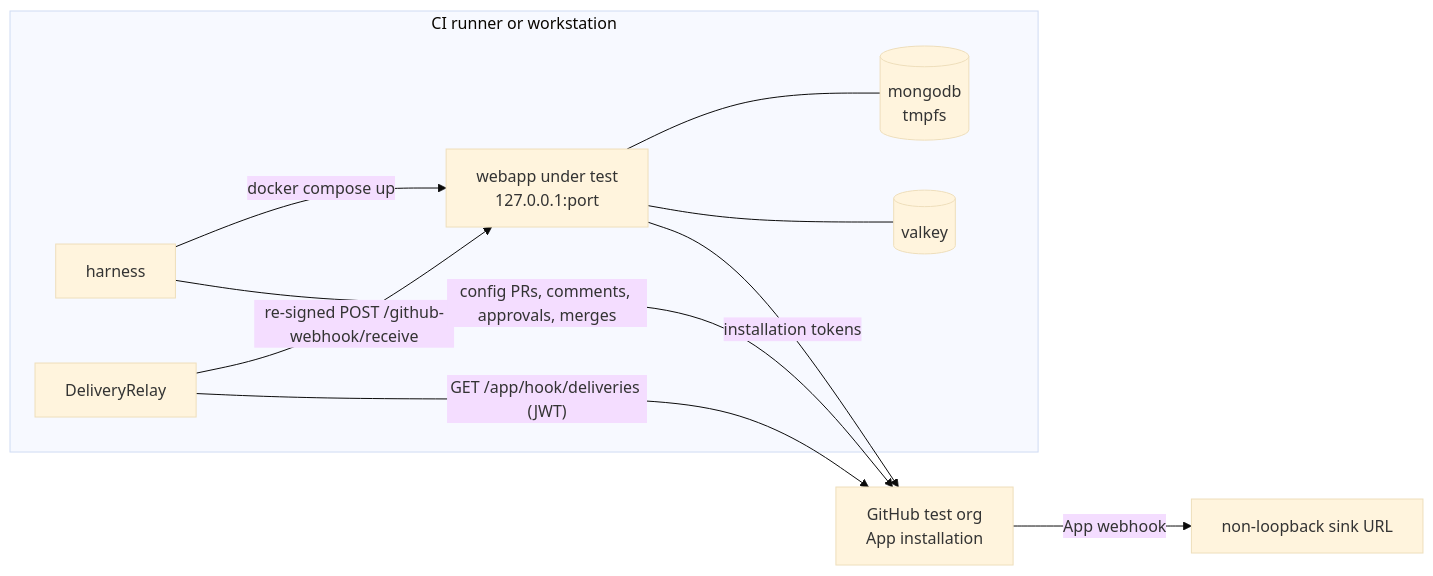
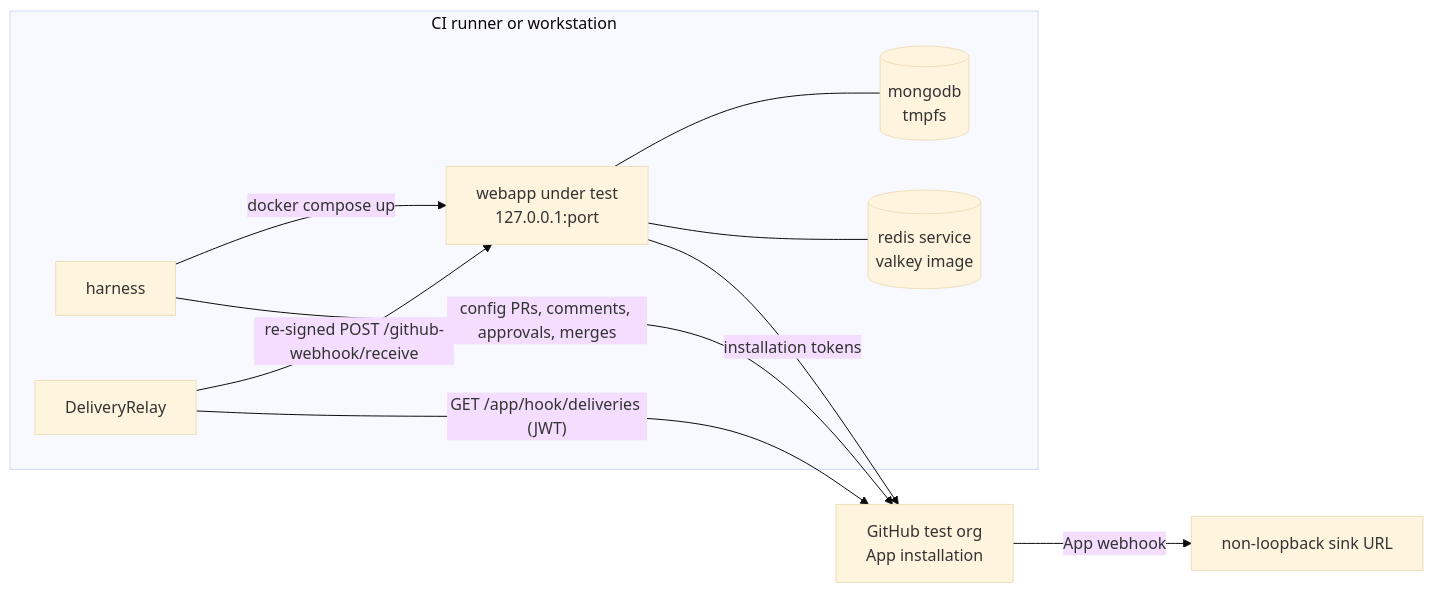
Before and after one commit to heurtematte/otterdog-e2e: the third of 5 diagrams in docs/architecture.md, drawn with Mermaid (base theme). The commit also changed other lines of this file and 14 other files, not shown here.

````diff
--- a/docs/architecture.md
+++ b/docs/architecture.md
@@ -230,13 +234,13 @@
 ```mermaid
 flowchart LR
   subgraph host["CI runner or workstation"]
     H["harness"] -->|"docker compose up"| W["webapp under test<br/>127.0.0.1:port"]
     W --- M[("mongodb<br/>tmpfs")]
-    W --- V[("valkey")]
+    W --- V[("redis service<br/>valkey image")]
     RL["DeliveryRelay"] -->|"re-signed POST /github-webhook/receive"| W
   end
   GH["GitHub test org<br/>App installation"] -->|"App webhook"| SINK["non-loopback sink URL"]
   RL -->|"GET /app/hook/deliveries (JWT)"| GH
   H -->|"config PRs, comments, approvals, merges"| GH
   W -->|"installation tokens"| GH
 ```
````
